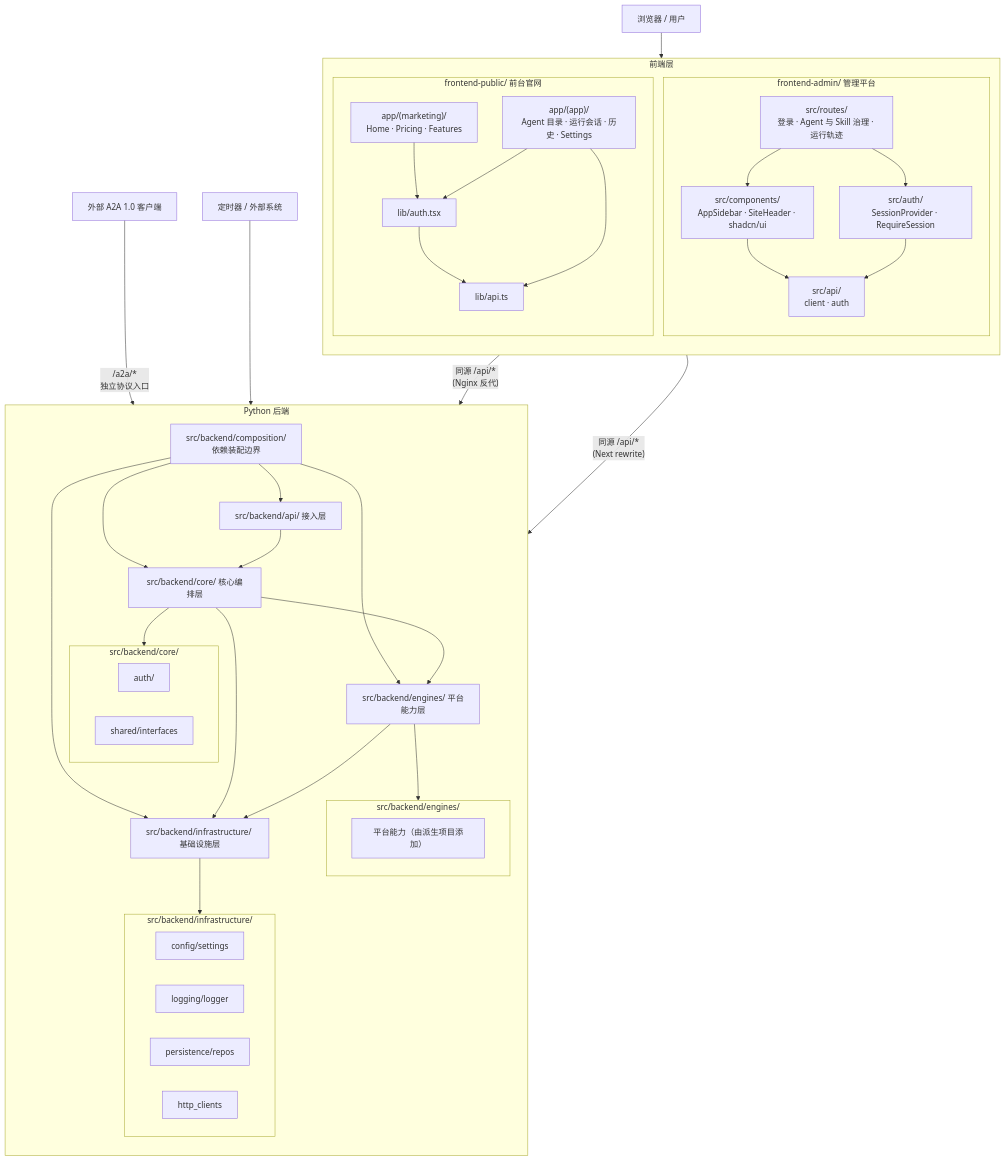
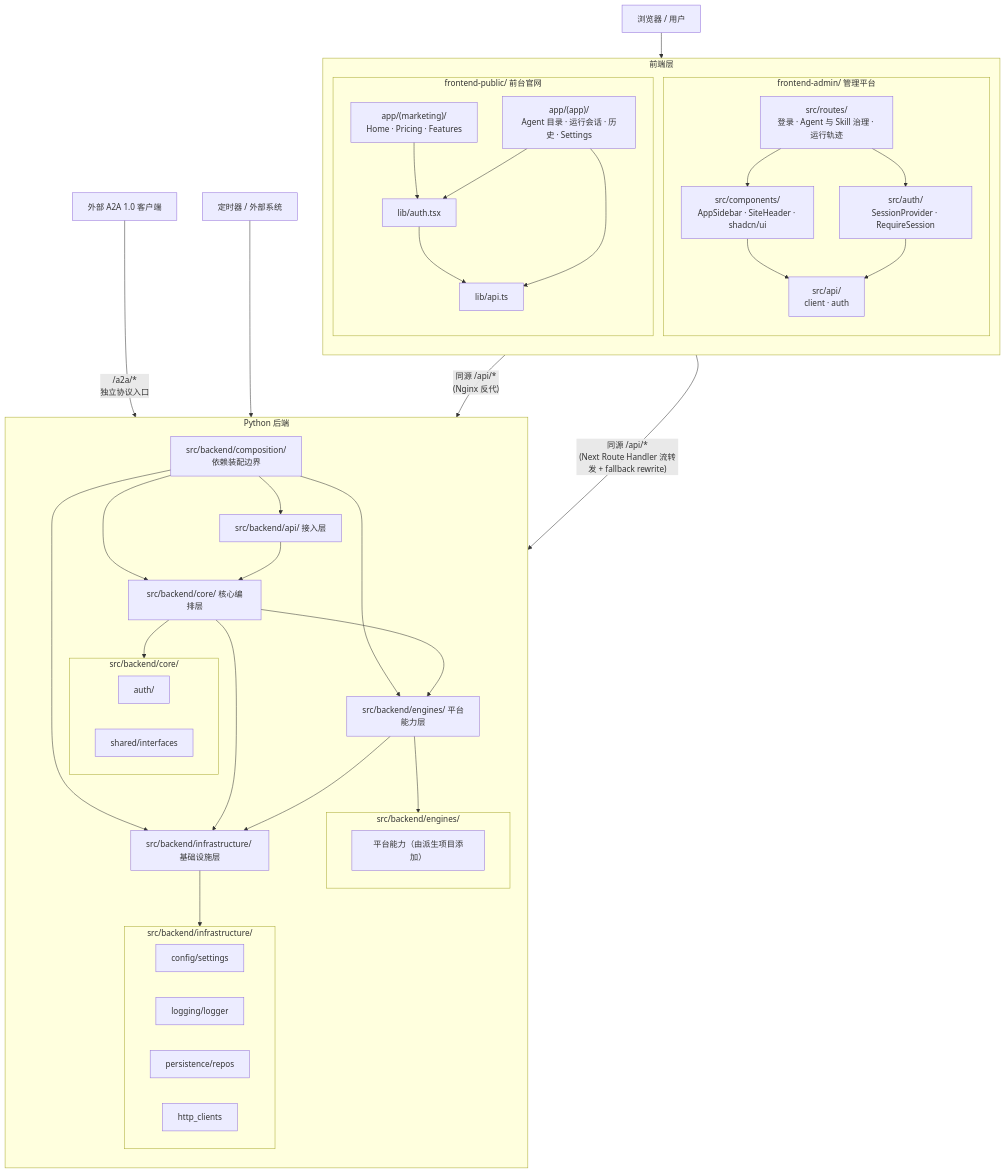
One commit to ZataZhang/zata-codes-template changed the diagram in docs/architecture/system-design.md. Above: the diagram before and after it, drawn with Mermaid. The commit also changed other lines of this file and 6 other files, not shown here.

````diff
--- a/docs/architecture/system-design.md
+++ b/docs/architecture/system-design.md
@@ -59,73 +59,73 @@
 ```mermaid
 flowchart TD
     Browser["浏览器 / 用户"] --> FE
 
     subgraph FE["前端层"]
         direction TB
         subgraph FE_ADMIN["frontend-admin/ 管理平台"]
             FE_ADMIN_PAGES["src/routes/\n登录 · Agent 与 Skill 治理 · 运行轨迹"]
             FE_ADMIN_LAYOUT["src/components/\nAppSidebar · SiteHeader · shadcn/ui"]
             FE_ADMIN_AUTH["src/auth/\nSessionProvider · RequireSession"]
             FE_ADMIN_API["src/api/\nclient · auth"]
             FE_ADMIN_PAGES --> FE_ADMIN_LAYOUT
             FE_ADMIN_PAGES --> FE_ADMIN_AUTH
             FE_ADMIN_AUTH --> FE_ADMIN_API
             FE_ADMIN_LAYOUT --> FE_ADMIN_API
         end
 
         subgraph FE_PUBLIC["frontend-public/ 前台官网"]
             FE_PUBLIC_MARKETING["app/(marketing)/\nHome · Pricing · Features"]
             FE_PUBLIC_APP["app/(app)/\nAgent 目录 · 运行会话 · 历史 · Settings"]
             FE_PUBLIC_AUTH["lib/auth.tsx"]
             FE_PUBLIC_API["lib/api.ts"]
             FE_PUBLIC_MARKETING --> FE_PUBLIC_AUTH
             FE_PUBLIC_APP --> FE_PUBLIC_AUTH
             FE_PUBLIC_APP --> FE_PUBLIC_API
             FE_PUBLIC_AUTH --> FE_PUBLIC_API
         end
     end
 
 FE_ADMIN_API -->|"同源 /api/*\n(Nginx 反代)"| Apps
-FE_PUBLIC_API -->|"同源 /api/*\n(Next rewrite)"| Apps
+FE_PUBLIC_API -->|"同源 /api/*\n(Next Route Handler 流转发 + fallback rewrite)"| Apps
 ExternalA2A["外部 A2A 1.0 客户端"] -->|"/a2a/*\n独立协议入口"| Apps
 
     subgraph Backend["Python 后端"]
         direction TB
         Composition["src/backend/composition/\n依赖装配边界"]
         Apps["src/backend/api/ 接入层"]
         Core["src/backend/core/ 核心编排层"]
         Platform["src/backend/engines/ 平台能力层"]
         Infra["src/backend/infrastructure/ 基础设施层"]
 
         Composition --> Apps
         Composition --> Core
         Composition --> Platform
         Composition --> Infra
         Apps --> Core
         Core --> Platform
         Core --> Infra
         Platform --> Infra
 
         subgraph CoreDetails["src/backend/core/"]
             AUTH["auth/"]
             IFACE["shared/interfaces"]
         end
 
         subgraph PlatformDetails["src/backend/engines/"]
             PLAT["平台能力（由派生项目添加）"]
         end
 
         subgraph InfraDetails["src/backend/infrastructure/"]
             CFG["config/settings"]
             LOG["logging/logger"]
             DB["persistence/repos"]
             HTTP["http_clients"]
         end
 
         Core --> CoreDetails
         Platform --> PlatformDetails
         Infra --> InfraDetails
     end
 
     Timer["定时器 / 外部系统"] --> Apps
 ```
````
